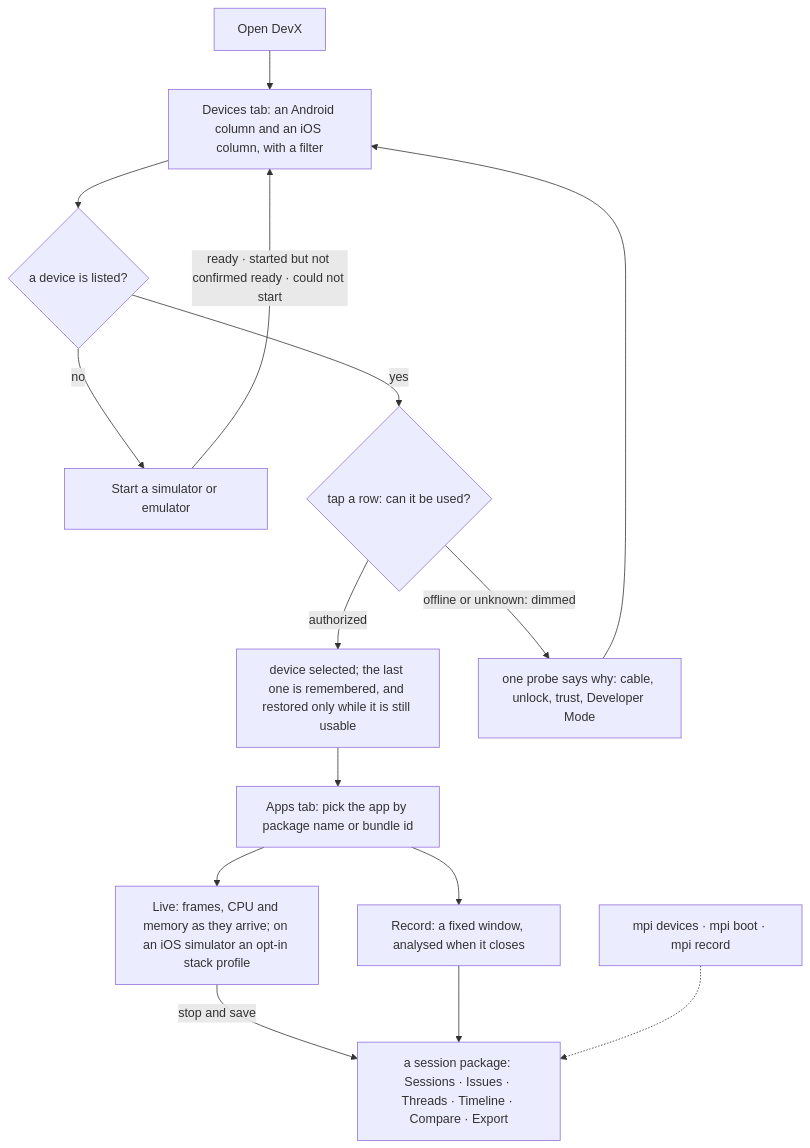
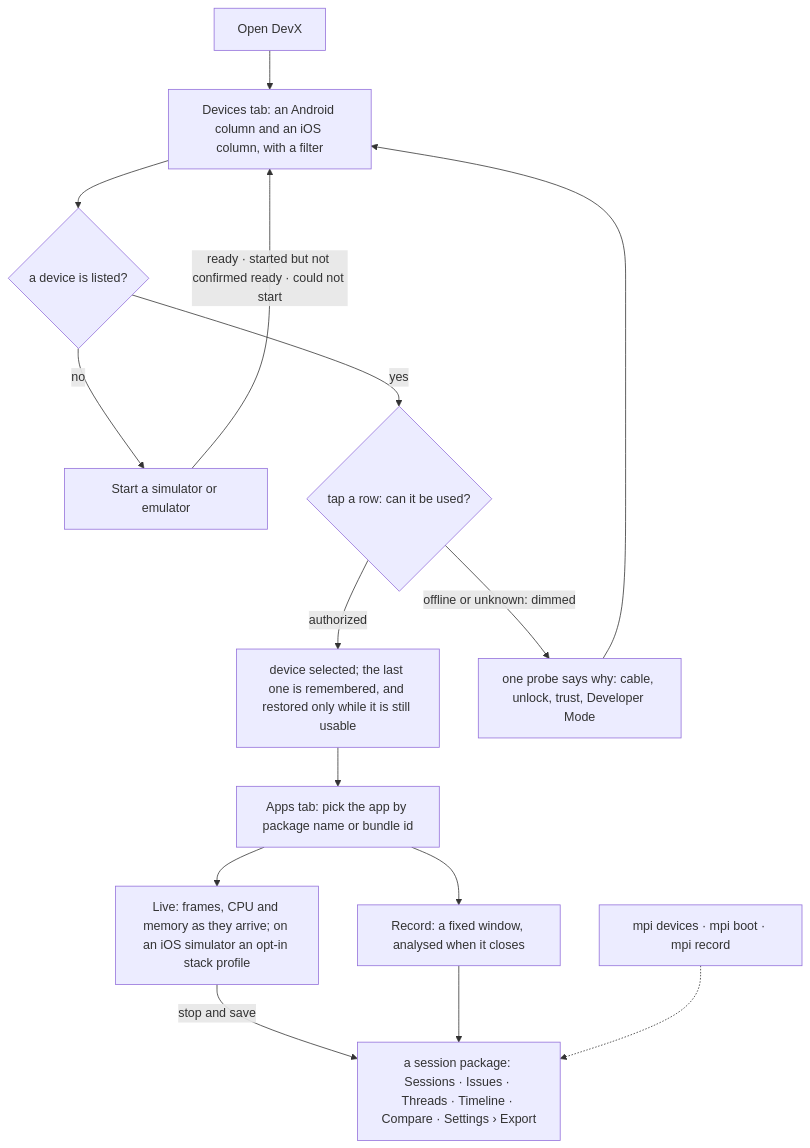
One commit to Ky0-Nguyen/devx changed the first of 2 diagrams in README.md. Above: the diagram before and after it, drawn with Mermaid. The commit also changed other lines of this file and 17 other files, not shown here.

````diff
--- a/README.md
+++ b/README.md
@@ -135,17 +150,17 @@
 ```mermaid
 flowchart TD
   Launch["Open DevX"] --> Devices["Devices tab: an Android column and an iOS column, with a filter"]
   Devices --> Any{"a device is listed?"}
   Any -->|"no"| Boot["Start a simulator or emulator"]
   Boot -->|"ready · started but not confirmed ready · could not start"| Devices
   Any -->|"yes"| Tap{"tap a row: can it be used?"}
   Tap -->|"authorized"| Sel["device selected; the last one is remembered, and restored only while it is still usable"]
   Tap -->|"offline or unknown: dimmed"| Why["one probe says why: cable, unlock, trust, Developer Mode"]
   Why --> Devices
   Sel --> Apps["Apps tab: pick the app by package name or bundle id"]
   Apps --> Live["Live: frames, CPU and memory as they arrive; on an iOS simulator an opt-in stack profile"]
   Apps --> Record["Record: a fixed window, analysed when it closes"]
-  Live -->|"stop and save"| Session["a session package: Sessions · Issues · Threads · Timeline · Compare · Export"]
+  Live -->|"stop and save"| Session["a session package: Sessions · Issues · Threads · Timeline · Compare · Settings › Export"]
   Record --> Session
   CLI["mpi devices · mpi boot · mpi record"] -.-> Session
 ```
````
